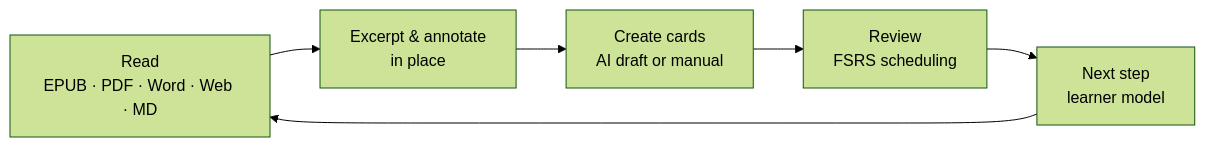
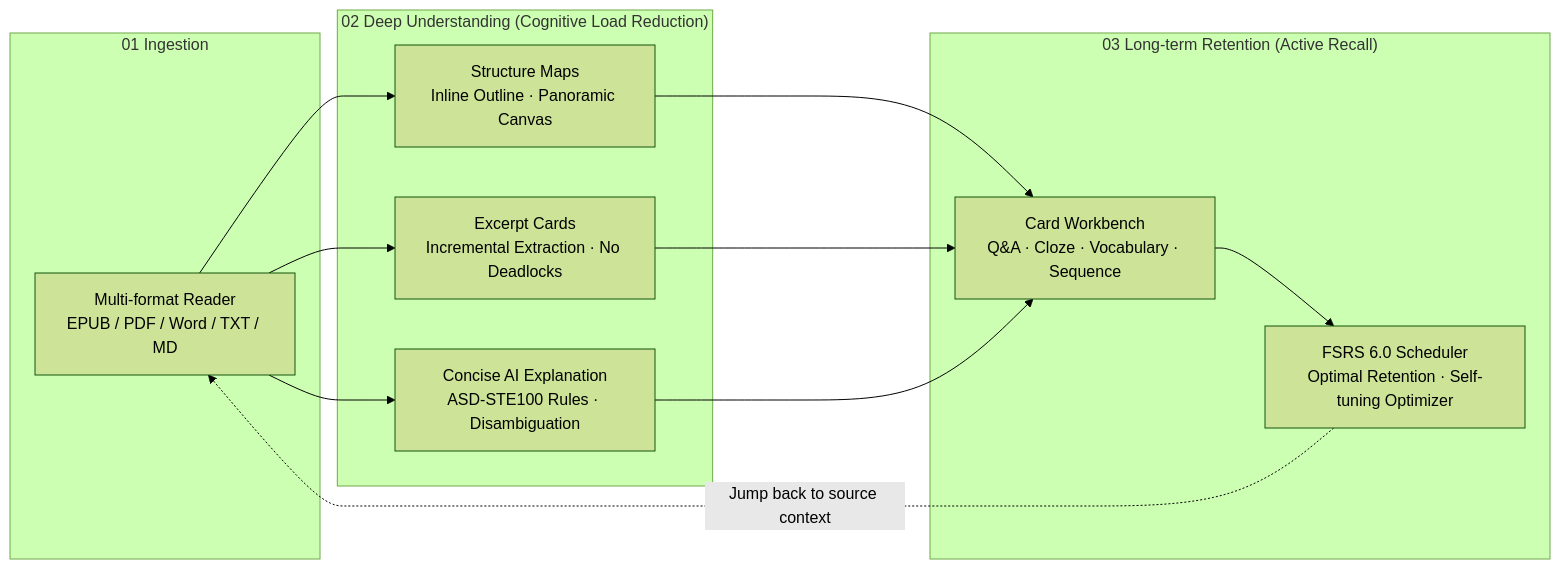
One commit to xiongdy54/Nutation changed the diagram in README.md. Above: the diagram before and after it, drawn with Mermaid (forest theme). The commit also changed other lines of this file and 43 other files, not shown here.

Commit message:
feat(readme): 重构三语 README 与核心特性 60fps 高清演示视频（含麻婆豆腐配方图片挖空全闭环）

````diff
--- a/README.md
+++ b/README.md
@@ -29,8 +35,20 @@
 ```mermaid
 flowchart LR
-    A["Read<br/>EPUB · PDF · Word · Web · MD"] --> B["Excerpt &amp; annotate<br/>in place"]
-    B --> C["Create cards<br/>AI draft or manual"]
-    C --> D["Review<br/>FSRS scheduling"]
-    D --> E["Next step<br/>learner model"]
-    E --> A
+    subgraph 01_Input["01 Ingestion"]
+        A["Multi-format Reader<br/>EPUB / PDF / Word / TXT / MD"]
+    end
+    subgraph 02_Comprehend["02 Deep Understanding (Cognitive Load Reduction)"]
+        B1["Structure Maps<br/>Inline Outline · Panoramic Canvas"]
+        B2["Excerpt Cards<br/>Incremental Extraction · No Deadlocks"]
+        B3["Concise AI Explanation<br/>ASD-STE100 Rules · Disambiguation"]
+    end
+    subgraph 03_Retain["03 Long-term Retention (Active Recall)"]
+        C1["Card Workbench<br/>Q&A · Cloze · Vocabulary · Sequence"]
+        C2["FSRS 6.0 Scheduler<br/>Optimal Retention · Self-tuning Optimizer"]
+    end
+
+    A --> B1 & B2 & B3
+    B1 & B2 & B3 --> C1
+    C1 --> C2
+    C2 -.->|"Jump back to source context"| A
 ```
````
